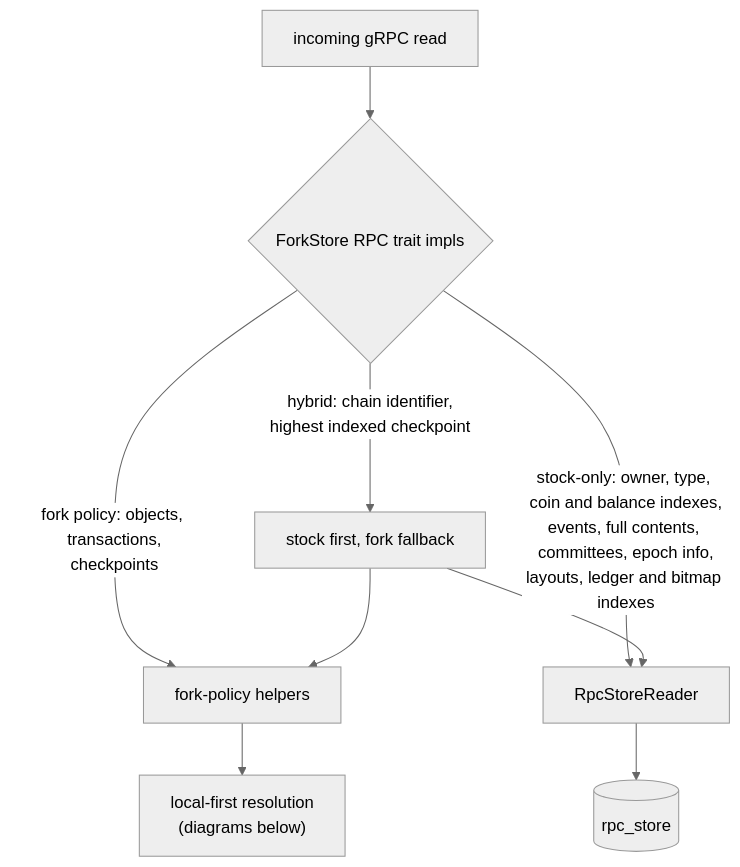
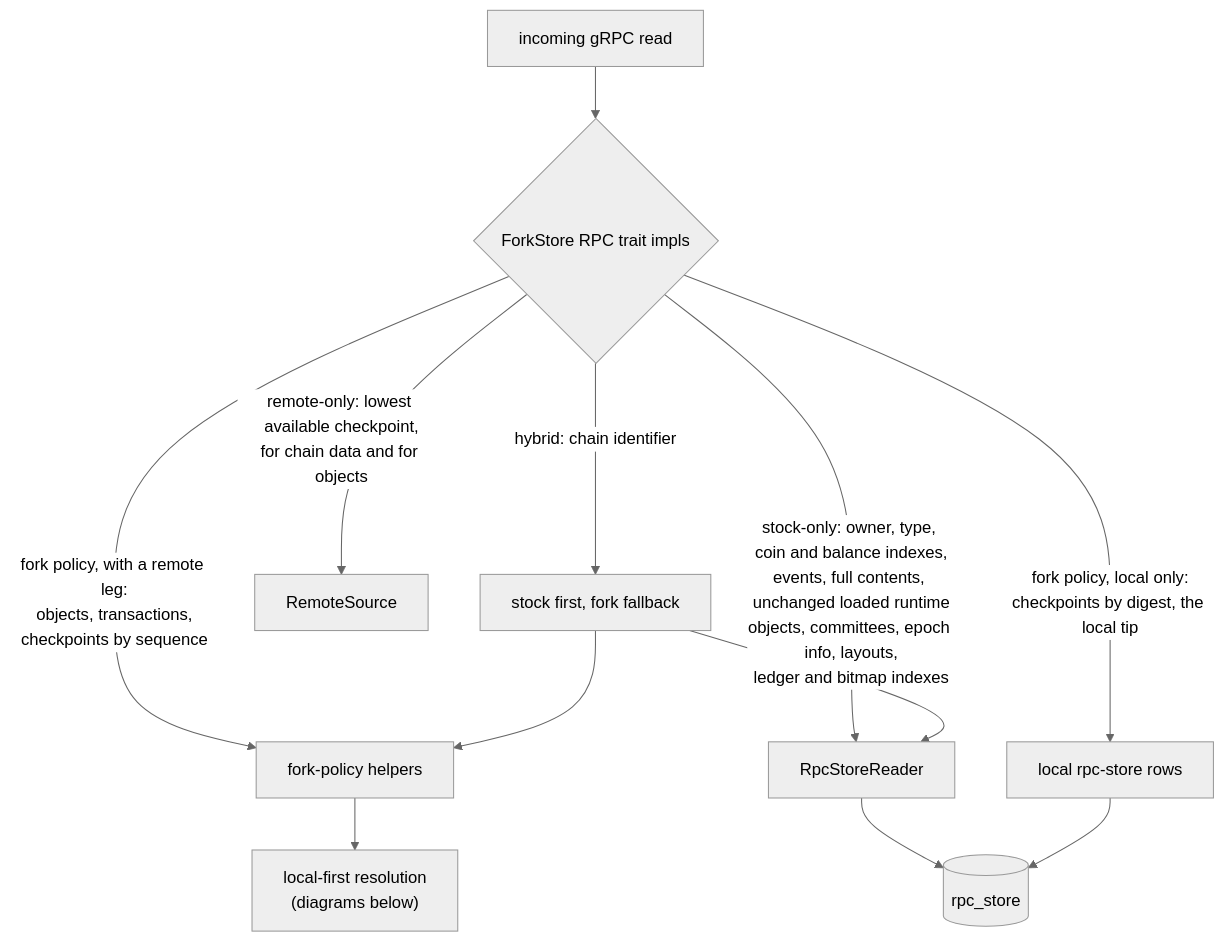
One commit to MystenLabs/sui changed the third of 7 diagrams in crates/sui-fork/design/workflow.md. Above: the diagram before and after it, drawn with Mermaid (neutral theme). The commit also changed other lines of this file and 1 other file, not shown here.

````diff
--- a/crates/sui-fork/design/workflow.md
+++ b/crates/sui-fork/design/workflow.md
@@ -92,11 +121,14 @@
 ```mermaid
 flowchart TD
     req[incoming gRPC read] --> route{"ForkStore RPC trait impls"}
-    route -->|"fork policy: objects, transactions,<br/>checkpoints"| fs["fork-policy helpers"]
-    route -->|"stock-only: owner, type, coin and balance indexes,<br/>events, full contents, committees, epoch info,<br/>layouts, ledger and bitmap indexes"| stock[RpcStoreReader]
-    route -->|"hybrid: chain identifier,<br/>highest indexed checkpoint"| hybrid[stock first, fork fallback]
+    route -->|"fork policy, with a remote leg:<br/>objects, transactions,<br/>checkpoints by sequence"| fs["fork-policy helpers"]
+    route -->|"fork policy, local only:<br/>checkpoints by digest, the local tip"| loc["local rpc-store rows"]
+    route -->|"stock-only: owner, type, coin and balance indexes,<br/>events, full contents, unchanged loaded runtime<br/>objects, committees, epoch info, layouts,<br/>ledger and bitmap indexes"| stock[RpcStoreReader]
+    route -->|"hybrid: chain identifier"| hybrid[stock first, fork fallback]
+    route -->|"remote-only: lowest available checkpoint,<br/>for chain data and for objects"| rs[RemoteSource]
     hybrid --> stock
     hybrid --> fs
     stock --> db[(rpc_store)]
+    loc --> db
     fs --> resolve["local-first resolution<br/>(diagrams below)"]
 ```
````
